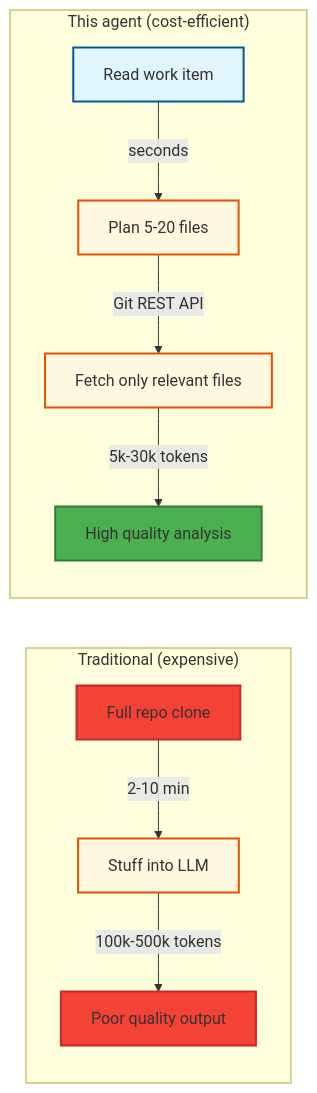
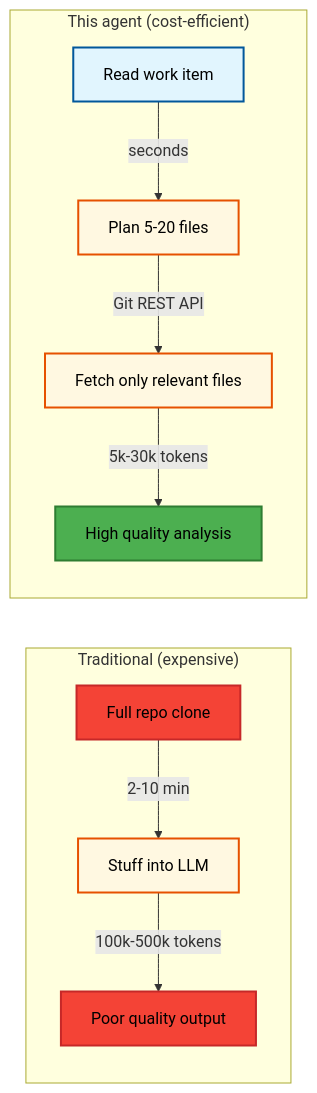
The first of 9 diagrams in README.md (victorvos/devops_agent), drawn with Mermaid before and after one commit. The commit also changed other lines of this file and 1 other file, not shown here.

First line of the commit message:
Fix Mermaid text color: use #000000 instead of named colors

````diff
--- a/README.md
+++ b/README.md
@@ -24,22 +24,22 @@
 ```mermaid
 graph LR
     subgraph "Traditional (expensive)"
         A[Full repo clone] -->|2-10 min| B[Stuff into LLM]
         B -->|100k-500k tokens| C[Poor quality output]
     end
 
     subgraph "This agent (cost-efficient)"
         D["Read work item"] -->|seconds| E["Plan 5-20 files"]
         E -->|Git REST API| F["Fetch only relevant files"]
         F -->|5k-30k tokens| G[High quality analysis]
     end
 
     %% Styling
-    style A fill:#f44336,stroke:#c62828,stroke-width:2px,color:#white
-    style B fill:#fff8e1,stroke:#e65100,stroke-width:2px,color:#black
-    style C fill:#f44336,stroke:#c62828,stroke-width:2px,color:#white
-    style D fill:#e1f5fe,stroke:#01579b,stroke-width:2px,color:#black
-    style E fill:#fff8e1,stroke:#e65100,stroke-width:2px,color:#black
-    style F fill:#fff8e1,stroke:#e65100,stroke-width:2px,color:#black
-    style G fill:#4caf50,stroke:#2e7d32,stroke-width:2px,color:#white
+    style A fill:#f44336,stroke:#c62828,stroke-width:2px,color:#000000
+    style B fill:#fff8e1,stroke:#e65100,stroke-width:2px,color:#000000
+    style C fill:#f44336,stroke:#c62828,stroke-width:2px,color:#000000
+    style D fill:#e1f5fe,stroke:#01579b,stroke-width:2px,color:#000000
+    style E fill:#fff8e1,stroke:#e65100,stroke-width:2px,color:#000000
+    style F fill:#fff8e1,stroke:#e65100,stroke-width:2px,color:#000000
+    style G fill:#4caf50,stroke:#2e7d32,stroke-width:2px,color:#000000
 ```
````
